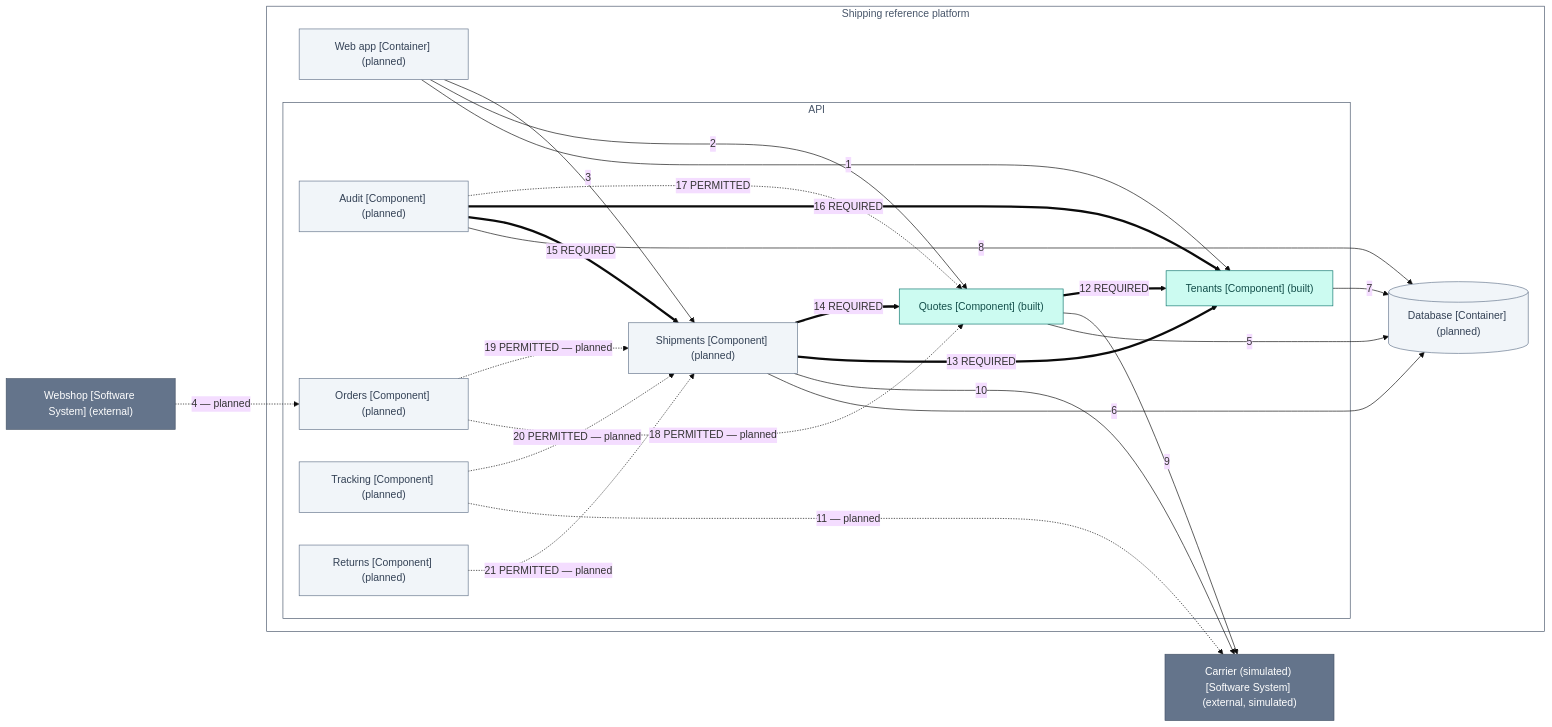
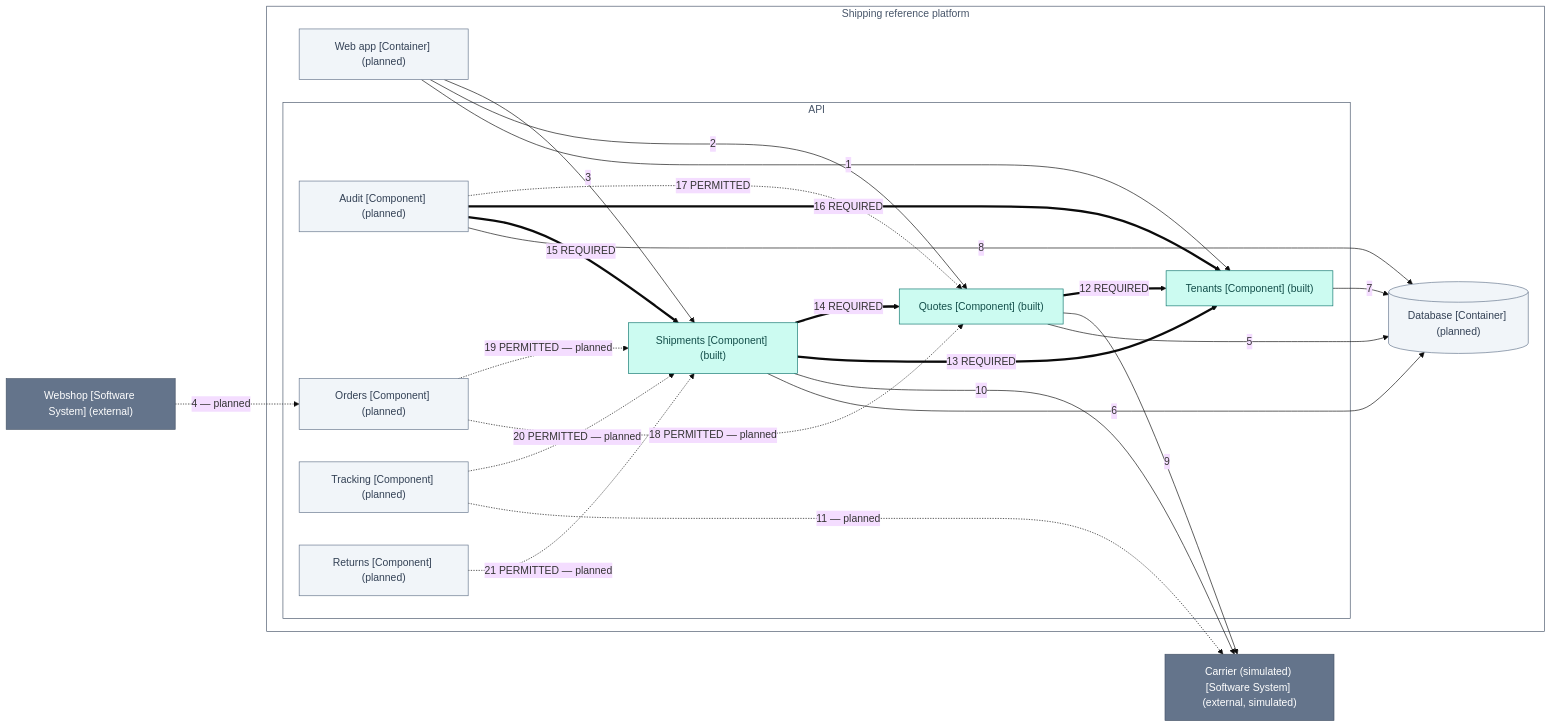
The diagram in docs/architecture/api-components.mmd (Stig-Johnny/shipping-reference-platform), drawn with Mermaid (base theme) before and after one commit. The commit also changed 51 other files, not shown here.

First line of the commit message:
Shipments books against quotes: the third built module, checked against the model (#67)

```diff
--- a/docs/architecture/api-components.mmd
+++ b/docs/architecture/api-components.mmd
@@ -1,53 +1,53 @@
 %% Generated—do not hand-edit. Source: architecture/workspace.dsl, view ApiComponents.
 flowchart LR
     accTitle: Components of the API
     accDescr: Component view with 11 elements and 21 relationships. The tables on the page list every one of them.
     3["Webshop [Software System] (external)"]
     style 3 fill:#64748b,stroke:#475569,color:#ffffff
     4["Carrier (simulated) [Software System] (external, simulated)"]
     style 4 fill:#64748b,stroke:#475569,color:#ffffff
     subgraph 5 ["Shipping reference platform"]
         style 5 fill:#ffffff,stroke:#475569,color:#475569
         subgraph 7 ["API"]
             style 7 fill:#ffffff,stroke:#475569,color:#475569
             10["Tenants [Component] (built)"]
             style 10 fill:#ccfbf1,stroke:#0f766e,color:#134e4a
             11["Audit [Component] (planned)"]
             style 11 fill:#f1f5f9,stroke:#64748b,color:#334155
             12["Orders [Component] (planned)"]
             style 12 fill:#f1f5f9,stroke:#64748b,color:#334155
             13["Tracking [Component] (planned)"]
             style 13 fill:#f1f5f9,stroke:#64748b,color:#334155
             14["Returns [Component] (planned)"]
             style 14 fill:#f1f5f9,stroke:#64748b,color:#334155
             8["Quotes [Component] (built)"]
             style 8 fill:#ccfbf1,stroke:#0f766e,color:#134e4a
-            9["Shipments [Component] (planned)"]
-            style 9 fill:#f1f5f9,stroke:#64748b,color:#334155
+            9["Shipments [Component] (built)"]
+            style 9 fill:#ccfbf1,stroke:#0f766e,color:#134e4a
         end
         15[("Database [Container] (planned)")]
         style 15 fill:#f1f5f9,stroke:#64748b,color:#334155
         6["Web app [Container] (planned)"]
         style 6 fill:#f1f5f9,stroke:#64748b,color:#334155
     end
     6 -->|"1"| 10
     6 -->|"2"| 8
     6 -->|"3"| 9
     3 -.->|"4 — planned"| 12
     8 -->|"5"| 15
     9 -->|"6"| 15
     10 -->|"7"| 15
     11 -->|"8"| 15
     8 -->|"9"| 4
     9 -->|"10"| 4
     13 -.->|"11 — planned"| 4
     8 ==>|"12 REQUIRED"| 10
     9 ==>|"13 REQUIRED"| 10
     9 ==>|"14 REQUIRED"| 8
     11 ==>|"15 REQUIRED"| 9
     11 ==>|"16 REQUIRED"| 10
     11 -.->|"17 PERMITTED"| 8
     12 -.->|"18 PERMITTED — planned"| 8
     12 -.->|"19 PERMITTED — planned"| 9
     13 -.->|"20 PERMITTED — planned"| 9
     14 -.->|"21 PERMITTED — planned"| 9
```
